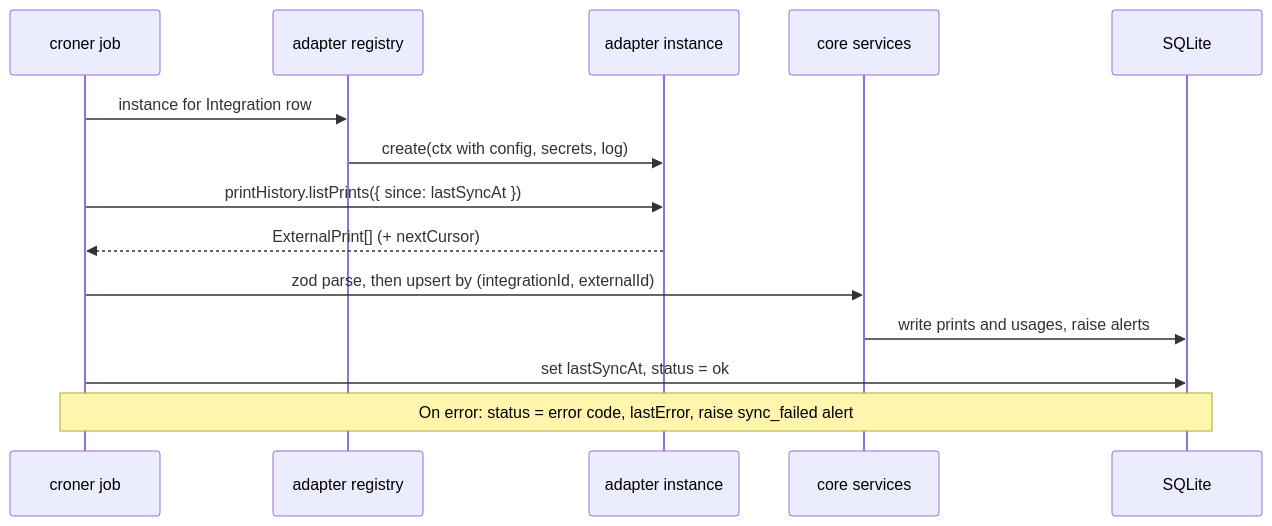
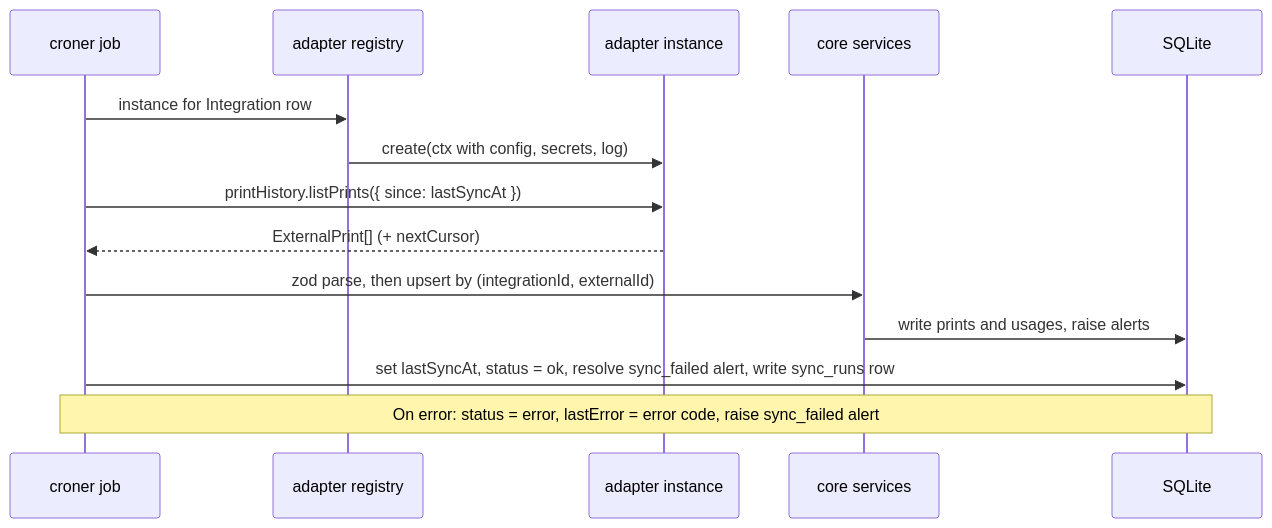
The third of 3 diagrams in docs/architecture.md (emanuelmoniz/3d-maker-suite), drawn with Mermaid before and after one commit. The commit also changed other lines of this file and 34 other files, not shown here.

````diff
--- a/docs/architecture.md
+++ b/docs/architecture.md
@@ -195,16 +195,16 @@
 ```mermaid
 sequenceDiagram
   participant Job as croner job
   participant Reg as adapter registry
   participant Ad as adapter instance
   participant Core as core services
   participant DB as SQLite
   Job->>Reg: instance for Integration row
   Reg->>Ad: create(ctx with config, secrets, log)
   Job->>Ad: printHistory.listPrints({ since: lastSyncAt })
   Ad-->>Job: ExternalPrint[] (+ nextCursor)
   Job->>Core: zod parse, then upsert by (integrationId, externalId)
   Core->>DB: write prints and usages, raise alerts
-  Job->>DB: set lastSyncAt, status = ok
-  Note over Job,DB: On error: status = error code, lastError, raise sync_failed alert
+  Job->>DB: set lastSyncAt, status = ok, resolve sync_failed alert, write sync_runs row
+  Note over Job,DB: On error: status = error, lastError = error code, raise sync_failed alert
 ```
````
